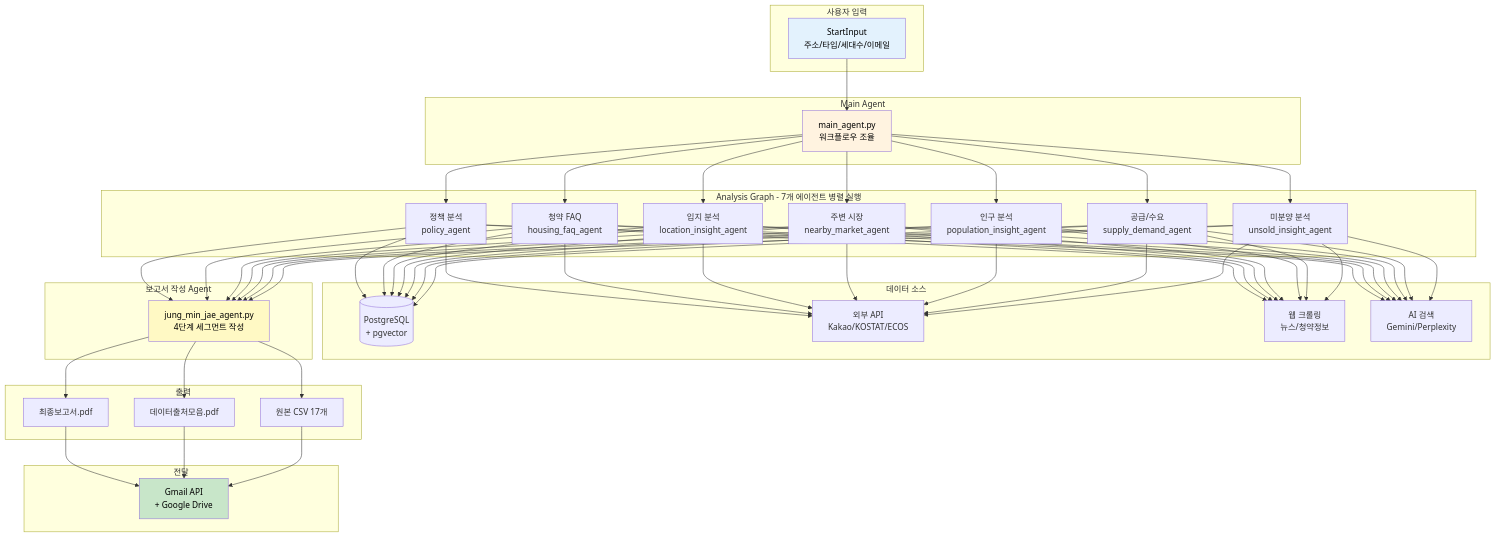
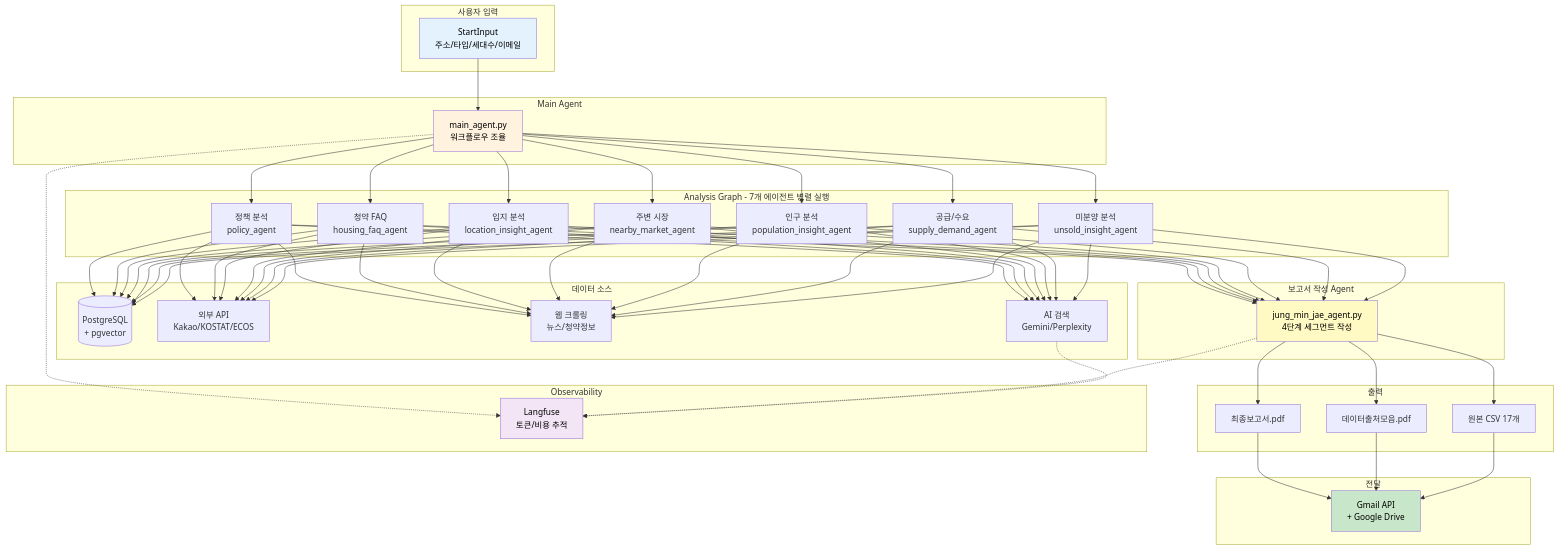
Before and after one commit to immortal0900/ALL_FOR_ONE: the first of 21 diagrams in docs/API_FLOW.md, drawn with Mermaid. The commit also changed other lines of this file and 2 other files, not shown here.

````diff
--- a/docs/API_FLOW.md
+++ b/docs/API_FLOW.md
@@ -24,53 +26,61 @@
 ```mermaid
 flowchart TB
     subgraph Input["사용자 입력"]
         A[StartInput<br/>주소/타입/세대수/이메일]
     end
     
     subgraph MainAgent["Main Agent"]
         B[main_agent.py<br/>워크플로우 조율]
     end
     
     subgraph AnalysisGraph["Analysis Graph - 7개 에이전트 병렬 실행"]
         C1[정책 분석<br/>policy_agent]
         C2[청약 FAQ<br/>housing_faq_agent]
         C3[입지 분석<br/>location_insight_agent]
         C4[주변 시장<br/>nearby_market_agent]
         C5[인구 분석<br/>population_insight_agent]
         C6[공급/수요<br/>supply_demand_agent]
         C7[미분양 분석<br/>unsold_insight_agent]
     end
     
     subgraph DataSources["데이터 소스"]
         D1[(PostgreSQL<br/>+ pgvector)]
         D2[외부 API<br/>Kakao/KOSTAT/ECOS]
         D3[웹 크롤링<br/>뉴스/청약정보]
         D4[AI 검색<br/>Gemini/Perplexity]
     end
     
     subgraph ReportAgent["보고서 작성 Agent"]
         E[jung_min_jae_agent.py<br/>4단계 세그먼트 작성]
     end
     
     subgraph Output["출력"]
         F1[최종보고서.pdf]
         F2[데이터출처모음.pdf]
         F3[원본 CSV 17개]
     end
     
     subgraph Delivery["전달"]
         G[Gmail API<br/>+ Google Drive]
     end
-    
+
+    subgraph Observability["Observability"]
+        OBS[Langfuse<br/>토큰/비용 추적]
+    end
+
     A --> B
     B --> C1 & C2 & C3 & C4 & C5 & C6 & C7
     C1 & C2 & C3 & C4 & C5 & C6 & C7 --> D1 & D2 & D3 & D4
     C1 & C2 & C3 & C4 & C5 & C6 & C7 --> E
     E --> F1 & F2 & F3
     F1 & F2 & F3 --> G
-    
+    B -.-> OBS
+    E -.-> OBS
+    D4 -.-> OBS
+
     style A fill:#e3f2fd,color:#000
     style B fill:#fff3e0,color:#000
     style E fill:#fff9c4,color:#000
     style G fill:#c8e6c9,color:#000
+    style OBS fill:#f3e5f5,color:#000
 ```
````
